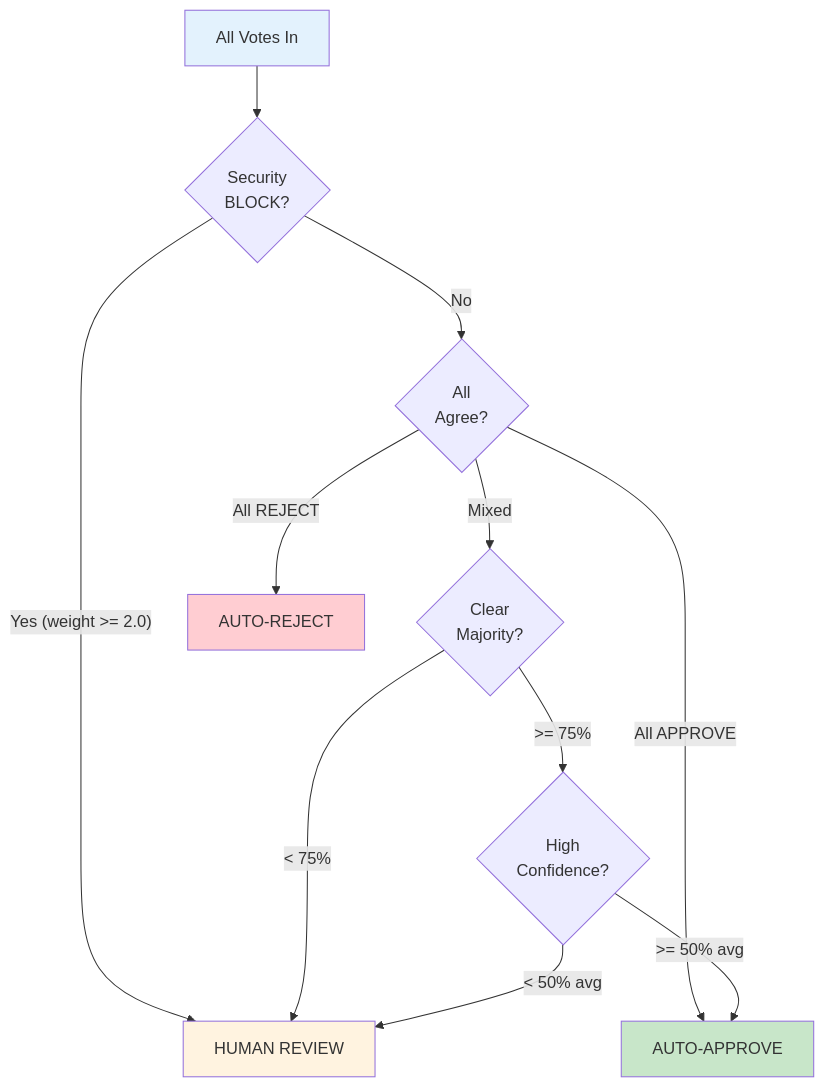
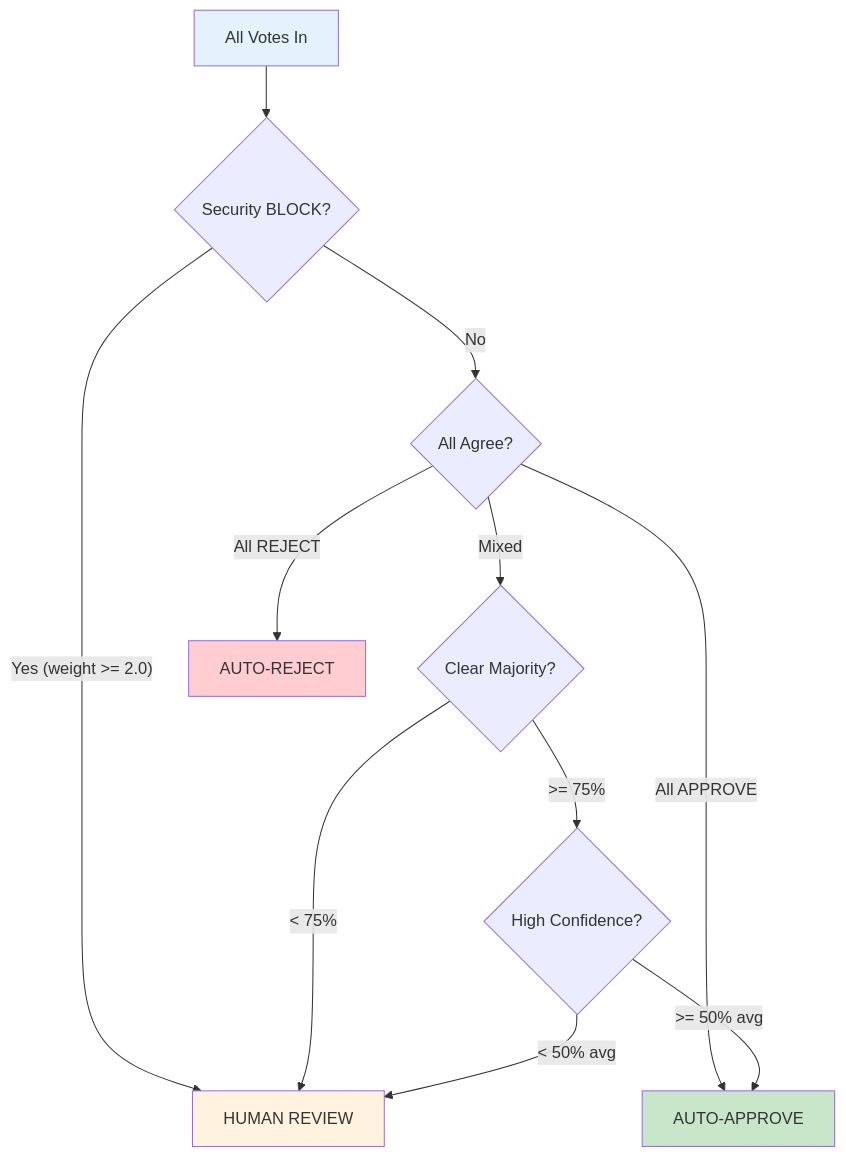
One commit to arctyra-ai/agentic-samples changed the seventh of 9 diagrams in ARCHITECTURE_DIAGRAMS.md. Above: the diagram before and after it, drawn with Mermaid. The commit also changed other lines of this file, not shown here.

Commit message:
Update architecture diagrams formatting

````diff
--- a/ARCHITECTURE_DIAGRAMS.md
+++ b/ARCHITECTURE_DIAGRAMS.md
@@ -188,27 +188,27 @@
 ```mermaid
 graph TD
     Votes["All Votes In"]
-    Veto{"Security\nBLOCK?"}
-    Unanimous{"All\nAgree?"}
-    Majority{"Clear\nMajority?"}
-    Confidence{"High\nConfidence?"}
+    Veto{"Security BLOCK?"}
+    Unanimous{"All Agree?"}
+    Majority{"Clear Majority?"}
+    Confidence{"High Confidence?"}
     Auto["AUTO-APPROVE"]
     Reject["AUTO-REJECT"]
     Human["HUMAN REVIEW"]
 
     Votes --> Veto
     Veto -->|"Yes (weight >= 2.0)"| Human
     Veto -->|No| Unanimous
     Unanimous -->|"All APPROVE"| Auto
     Unanimous -->|"All REJECT"| Reject
     Unanimous -->|Mixed| Majority
     Majority -->|">= 75%"| Confidence
     Majority -->|"< 75%"| Human
     Confidence -->|">= 50% avg"| Auto
     Confidence -->|"< 50% avg"| Human
 
     style Votes fill:#e3f2fd
     style Auto fill:#c8e6c9
     style Reject fill:#ffcdd2
     style Human fill:#fff3e0
 ```
````
